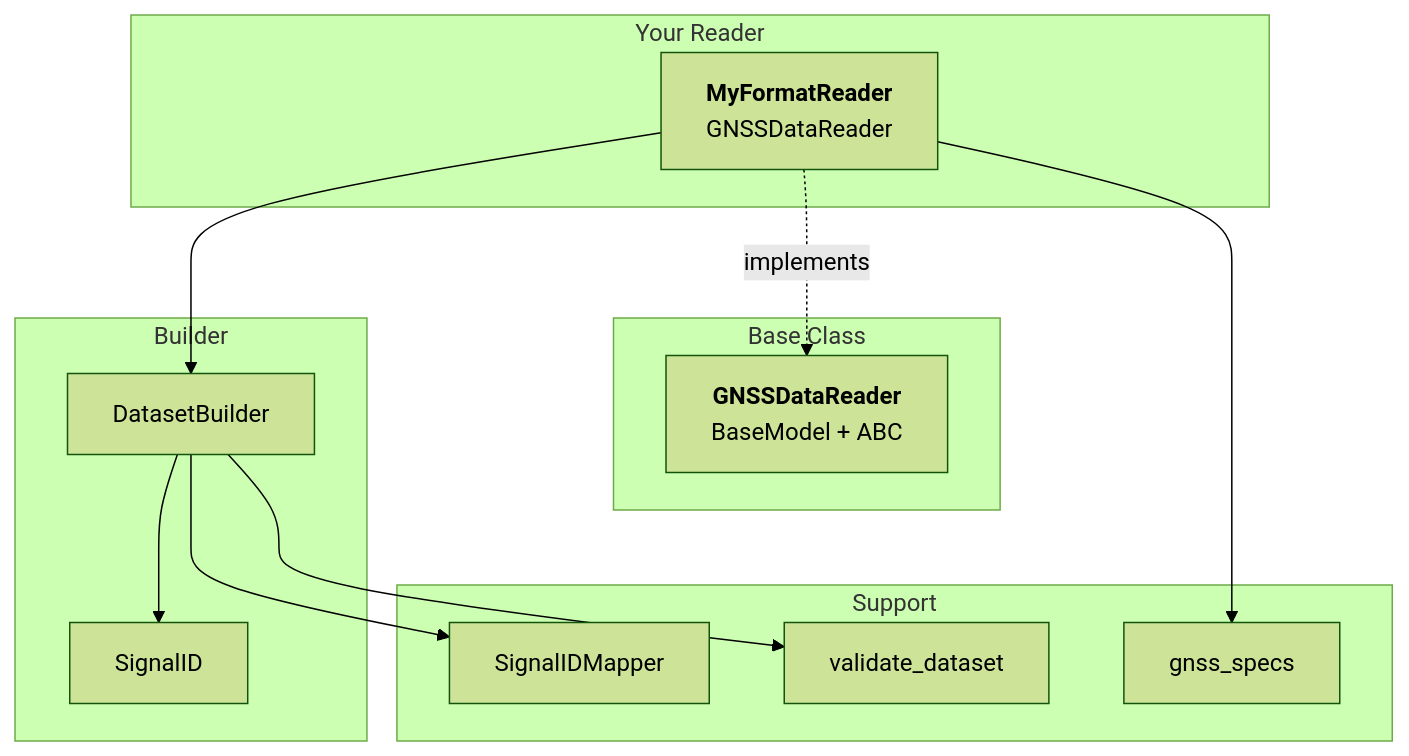
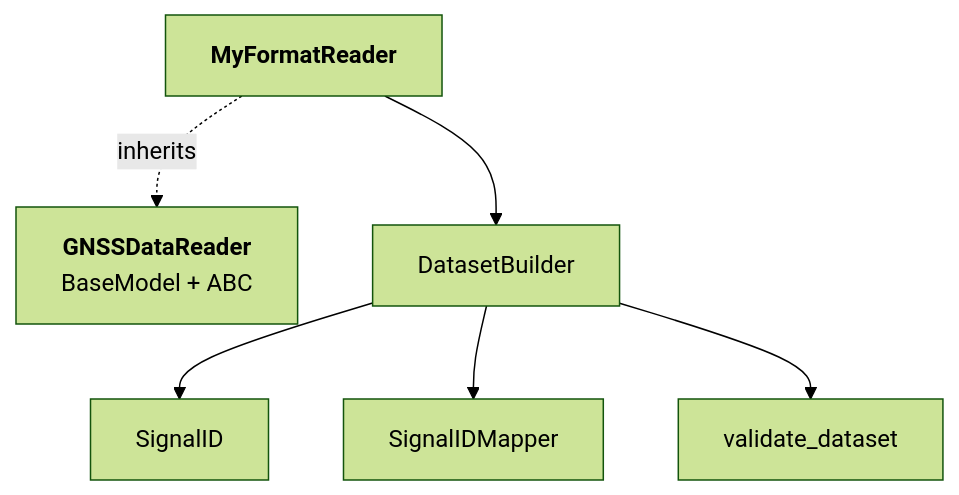
The diagram in docs/packages/readers/building-a-reader.md (TUW-GEO/canvodpy), drawn with Mermaid (forest theme) before and after one commit. The commit also changed other lines of this file and 7 other files, not shown here.

````diff
--- a/docs/packages/readers/building-a-reader.md
+++ b/docs/packages/readers/building-a-reader.md
@@ -23,30 +24,9 @@
 ```mermaid
 graph TD
-    subgraph "Your Reader"
-        A["`**MyFormatReader**
-        GNSSDataReader`"]
-    end
-
-    subgraph "Base Class"
-        B["`**GNSSDataReader**
-        BaseModel + ABC`"]
-    end
-
-    subgraph "Builder"
-        C[DatasetBuilder]
-        D[SignalID]
-    end
-
-    subgraph "Support"
-        E[SignalIDMapper]
-        F[validate_dataset]
-        G[gnss_specs]
-    end
-
-    A -.implements.-> B
-    A --> C
-    C --> D
-    C --> E
-    C --> F
-    A --> G
+    A["`**MyFormatReader**`"] -.inherits.-> B["`**GNSSDataReader**
+    BaseModel + ABC`"]
+    A --> C[DatasetBuilder]
+    C --> D[SignalID]
+    C --> E[SignalIDMapper]
+    C --> F[validate_dataset]
 ```
````
